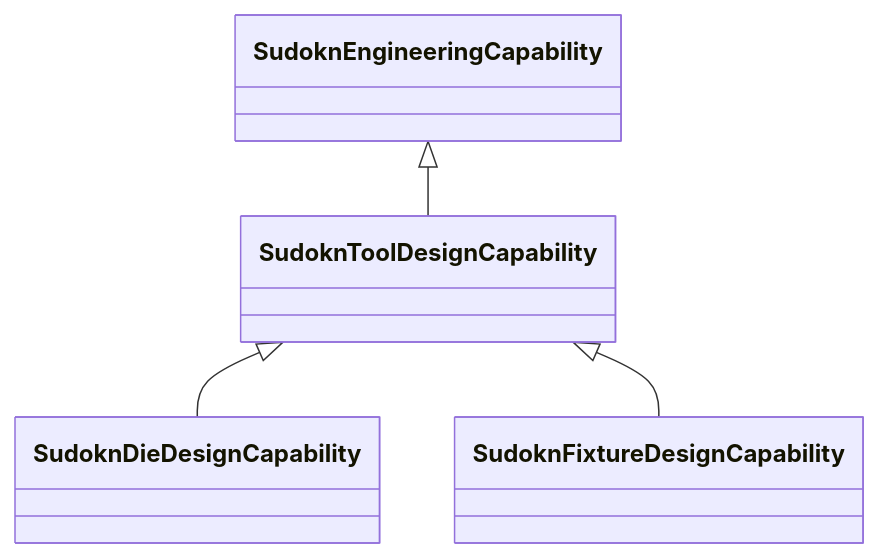
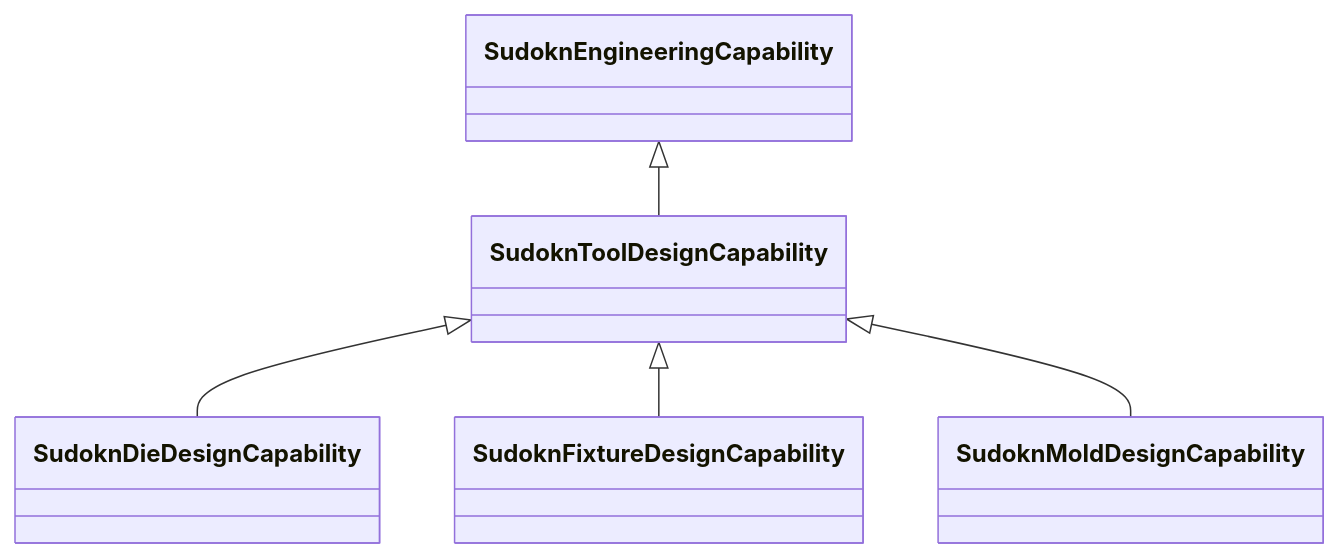
Before and after one commit to frink-okn/graph-descriptions: the diagram in sudokn-kg/classes/SudoknToolDesignCapability.md, drawn with Mermaid. The commit also changed other lines of this file and 903 other files, not shown here.

````diff
--- a/sudokn-kg/classes/SudoknToolDesignCapability.md
+++ b/sudokn-kg/classes/SudoknToolDesignCapability.md
@@ -23,16 +16,18 @@
 ```mermaid
  classDiagram
     class SudoknToolDesignCapability
     click SudoknToolDesignCapability href "../SudoknToolDesignCapability"
       SudoknEngineeringCapability <|-- SudoknToolDesignCapability
         click SudoknEngineeringCapability href "../SudoknEngineeringCapability"
       
 
       SudoknToolDesignCapability <|-- SudoknDieDesignCapability
         click SudoknDieDesignCapability href "../SudoknDieDesignCapability"
       SudoknToolDesignCapability <|-- SudoknFixtureDesignCapability
         click SudoknFixtureDesignCapability href "../SudoknFixtureDesignCapability"
+      SudoknToolDesignCapability <|-- SudoknMoldDesignCapability
+        click SudoknMoldDesignCapability href "../SudoknMoldDesignCapability"
       
       
       
 ```
````
